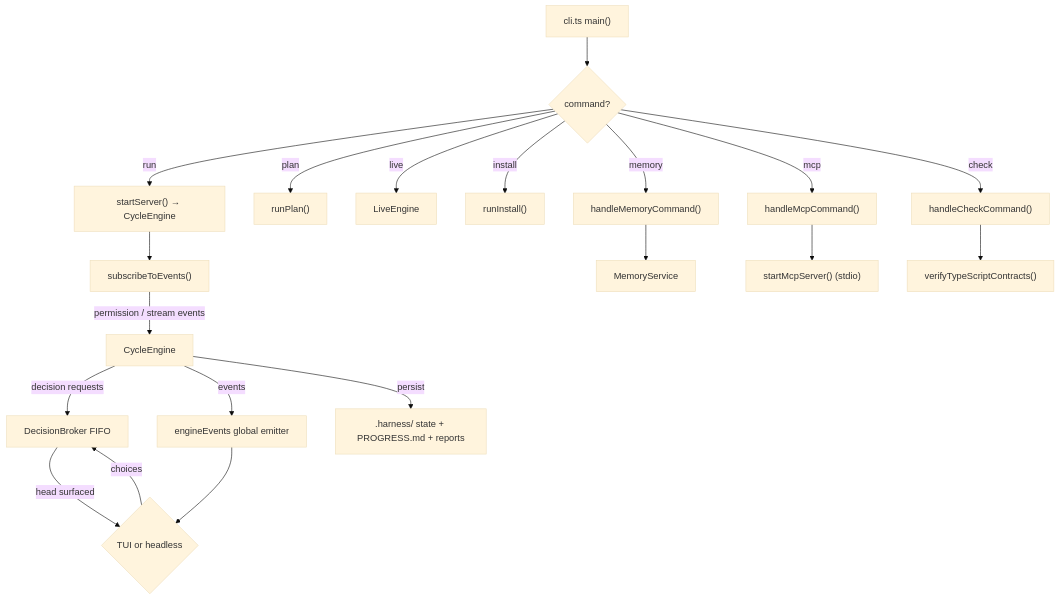
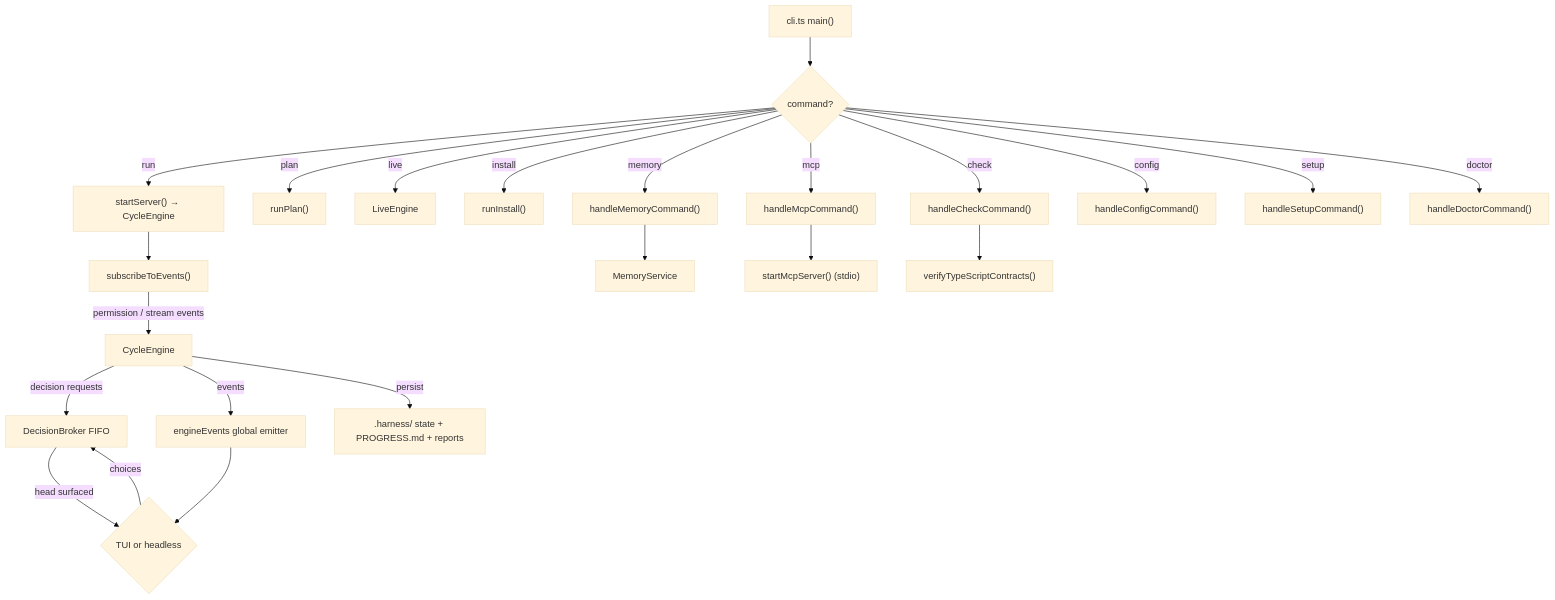
One commit to dahch/huginn changed the first of 20 diagrams in DESIGN.md. Above: the diagram before and after it, drawn with Mermaid (base theme). The commit also changed other lines of this file and 2 other files, not shown here.

Commit message:
docs(phase3): sync config CLI and sandbox directory-scoping

````diff
--- a/DESIGN.md
+++ b/DESIGN.md
@@ -92,24 +98,27 @@
 ```mermaid
 flowchart TD
     CLI["cli.ts main()"] --> CMD{"command?"}
     CMD -- "run" --> RUN["startServer() → CycleEngine"]
     CMD -- "plan" --> PLAN["runPlan()"]
     CMD -- "live" --> LIVE["LiveEngine"]
     CMD -- "install" --> INST["runInstall()"]
     CMD -- "memory" --> MEM["handleMemoryCommand()"]
     CMD -- "mcp" --> MCP["handleMcpCommand()"]
     CMD -- "check" --> CHK["handleCheckCommand()"]
+    CMD -- "config" --> CFG["handleConfigCommand()"]
+    CMD -- "setup" --> SET["handleSetupCommand()"]
+    CMD -- "doctor" --> DOC["handleDoctorCommand()"]
 
     MEM --> MS["MemoryService"]
     MCP --> SRV["startMcpServer() (stdio)"]
     CHK --> TC["verifyTypeScriptContracts()"]
 
     RUN --> SEV["subscribeToEvents()"]
     SEV -- permission / stream events --> CE["CycleEngine"]
     CE -- decision requests --> DB["DecisionBroker FIFO"]
     DB -- head surfaced --> FE{"TUI or headless"}
     FE -- choices --> DB
     CE -- events --> EE["engineEvents global emitter"]
     EE --> FE
     CE -- persist --> HAR[".harness/ state + PROGRESS.md + reports"]
 ```
````
